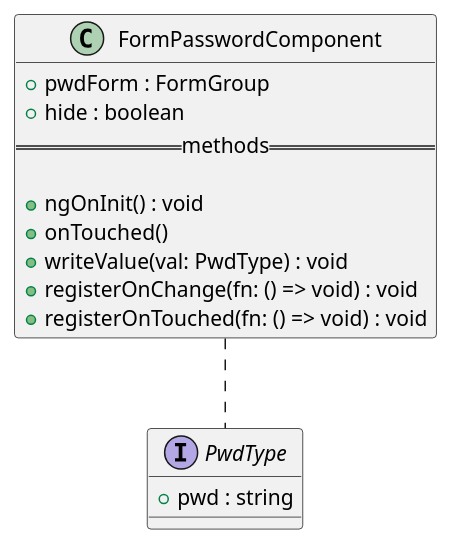
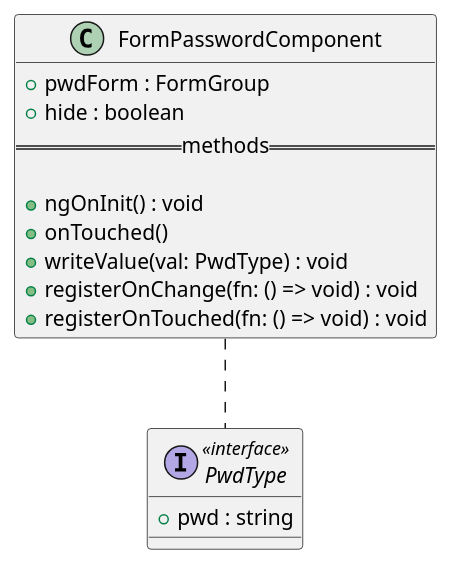
Before and after one commit to GruppOne/stalker-web-app: the diagram in docs/diagrams/view/components/FormPasswordComponent.pu, drawn with PlantUML. The commit also changed 10 other files, not shown here.

```diff
--- a/docs/diagrams/view/components/FormPasswordComponent.pu
+++ b/docs/diagrams/view/components/FormPasswordComponent.pu
@@ -1,19 +1,19 @@
 @startuml FormPasswordComponent diagram
 class FormPasswordComponent {
   + pwdForm : FormGroup
   + hide : boolean
   ==methods==
 
   + ngOnInit() : void
   + onTouched()
   + writeValue(val: PwdType) : void
   + registerOnChange(fn: () => void) : void
   + registerOnTouched(fn: () => void) : void
 }
 
-interface PwdType {
+interface PwdType <<interface>> {
   + pwd : string
 }
 
 FormPasswordComponent .. PwdType
 @enduml
```
